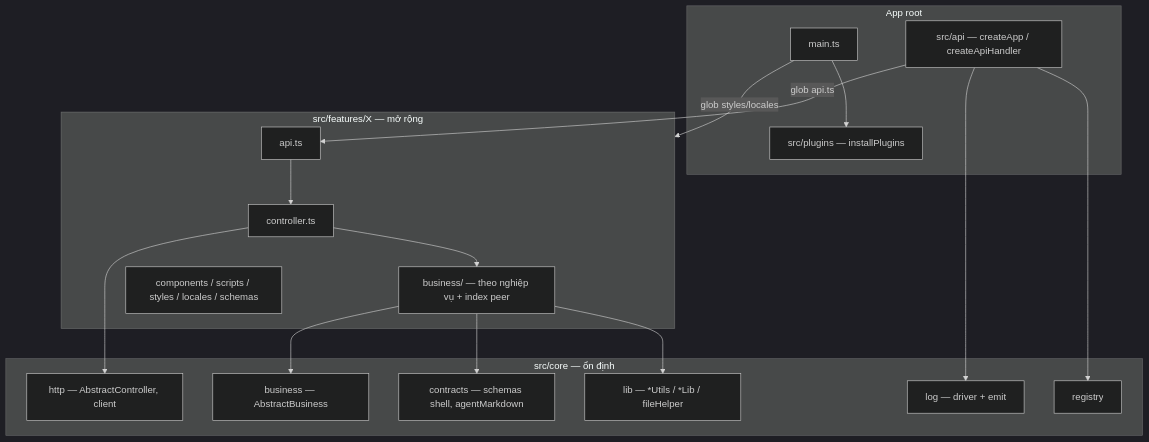
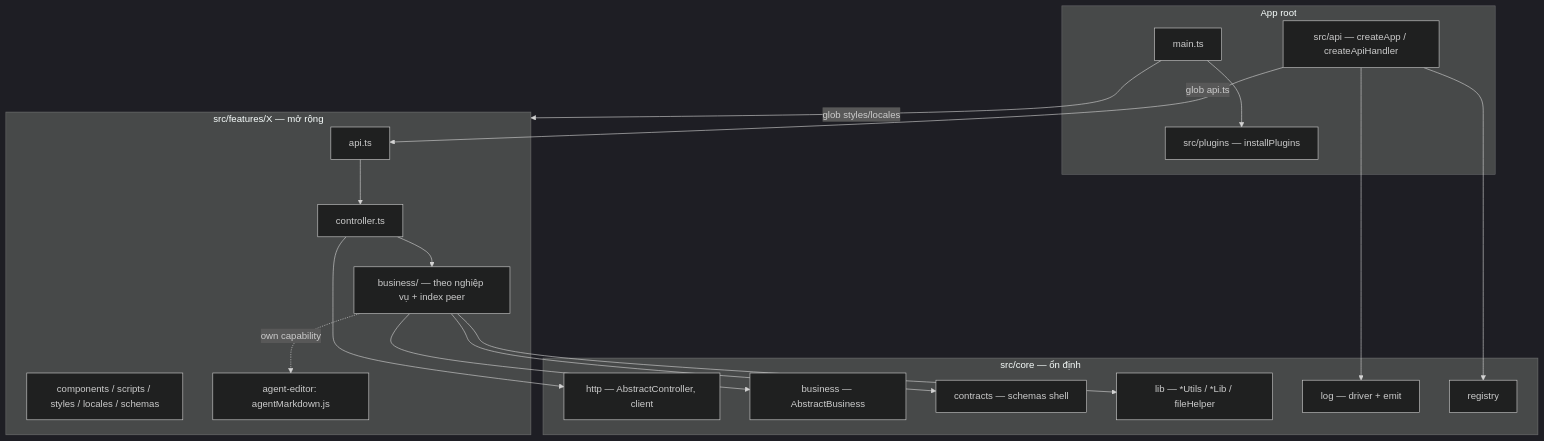
One commit to naut1402/agent-workflow changed the diagram in docs/cookbook/core-path-reorg.md. Above: the diagram before and after it, drawn with Mermaid (dark theme). The commit also changed 16 other files, not shown here.

Commit message:
refactor(agent-editor): cap nhat import va docs sau khi doi cho agentMarkdown

````diff
--- a/docs/cookbook/core-path-reorg.md
+++ b/docs/cookbook/core-path-reorg.md
@@ -576,36 +576,38 @@
 ```mermaid
 flowchart TB
   subgraph app_root["App root"]
     main["main.ts"]
     api["src/api — createApp / createApiHandler"]
     plugins["src/plugins — installPlugins"]
   end
 
   subgraph core["src/core — ổn định"]
     http["http — AbstractController, client"]
     bizAbs["business — AbstractBusiness"]
-    contracts["contracts — schemas shell, agentMarkdown"]
+    contracts["contracts — schemas shell"]
     lib["lib — *Utils / *Lib / fileHelper"]
     log["log — driver + emit"]
     registry["registry"]
   end
 
   subgraph feature["src/features/X — mở rộng"]
     fApi["api.ts"]
     fCtrl["controller.ts"]
     fBiz["business/ — theo nghiệp vụ + index peer"]
     fUi["components / scripts / styles / locales / schemas"]
+    agentMd["agent-editor: agentMarkdown.js"]
   end
 
   main --> plugins
   main -->|glob styles/locales| feature
   api -->|glob api.ts| fApi
   fApi --> fCtrl
   fCtrl --> http
   fCtrl --> fBiz
   fBiz --> bizAbs
   fBiz --> contracts
   fBiz --> lib
+  fBiz -.->|own capability| agentMd
   api --> log
   api --> registry
 ```
````
